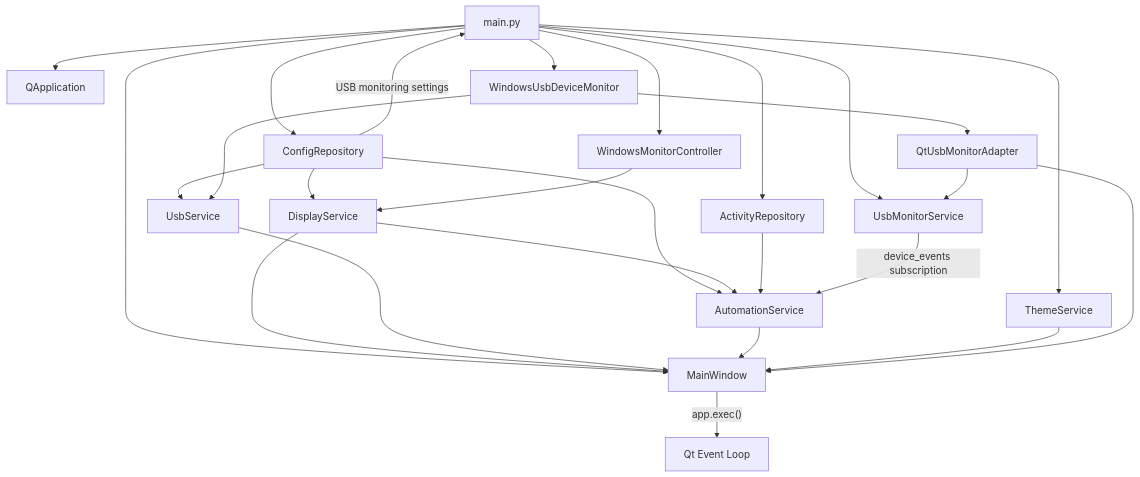
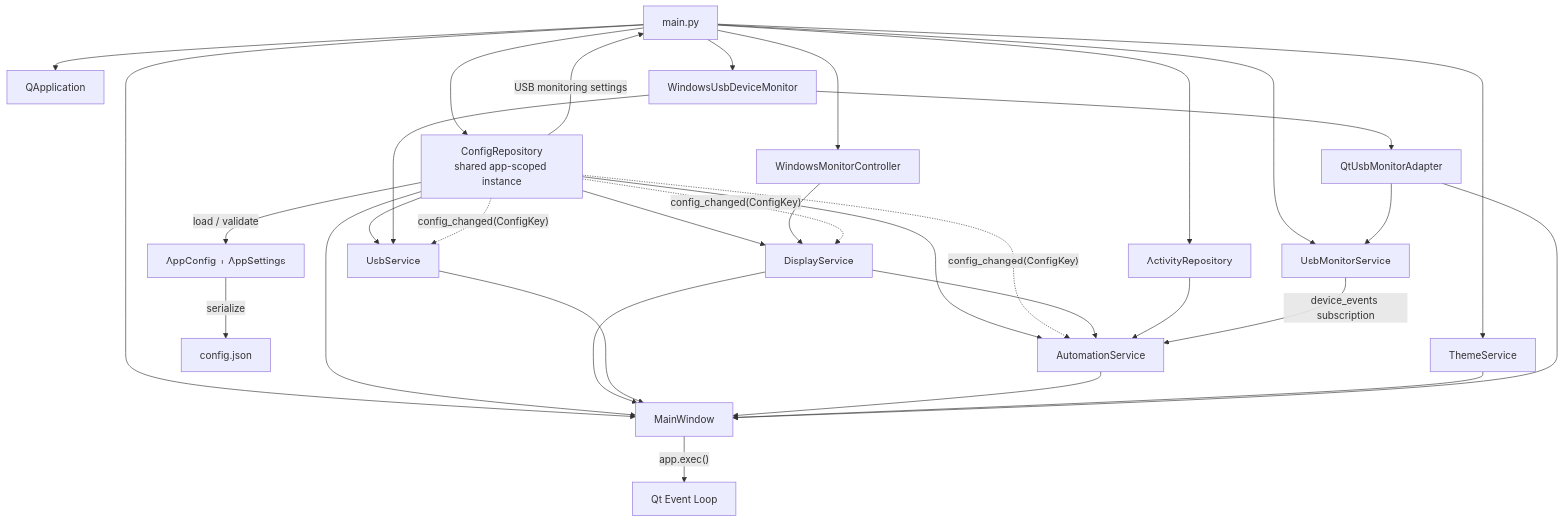
The second of 4 diagrams in docs/technical-implementation.md (Gayoon1234/monitor-switcher), drawn with Mermaid before and after one commit. The commit also changed other lines of this file, not shown here.

Commit message:
doc(): update mermaid diagram with recent changes

````diff
--- a/docs/technical-implementation.md
+++ b/docs/technical-implementation.md
@@ -87,33 +93,39 @@
 ```mermaid
 flowchart TD
     Entry["main.py"] --> QApplication["QApplication"]
     Entry --> Theme["ThemeService"]
     Entry --> Monitor["WindowsMonitorController"]
     Entry --> UsbHardware["WindowsUsbDeviceMonitor"]
-    Entry --> Config["ConfigRepository"]
+    Entry --> Config["ConfigRepository<br/>shared app-scoped instance"]
 
+    Config -->|"load / validate"| AppConfig["AppConfig + AppSettings"]
+    AppConfig -->|"serialize"| ConfigFile["config.json"]
     Config --> Display["DisplayService"]
     Monitor --> Display
 
     Config --> Usb["UsbService"]
     UsbHardware --> Usb
 
     Entry --> Activity["ActivityRepository"]
     Config --> Automation["AutomationService"]
+    Config -.->|"config_changed(ConfigKey)"| Display
+    Config -.->|"config_changed(ConfigKey)"| Usb
+    Config -.->|"config_changed(ConfigKey)"| Automation
     Display --> Automation
     Activity --> Automation
     Config -->|"USB monitoring settings"| Entry
 
     UsbHardware --> QtUsb["QtUsbMonitorAdapter"]
     Entry --> MonitorService["UsbMonitorService"]
     MonitorService -->|"device_events subscription"| Automation
     QtUsb --> MonitorService
 
     Entry --> Window["MainWindow"]
+    Config --> Window
     Display --> Window
     Usb --> Window
     Automation --> Window
     Theme --> Window
     QtUsb --> Window
     Window -->|"app.exec()"| Running["Qt Event Loop"]
 ```
````
